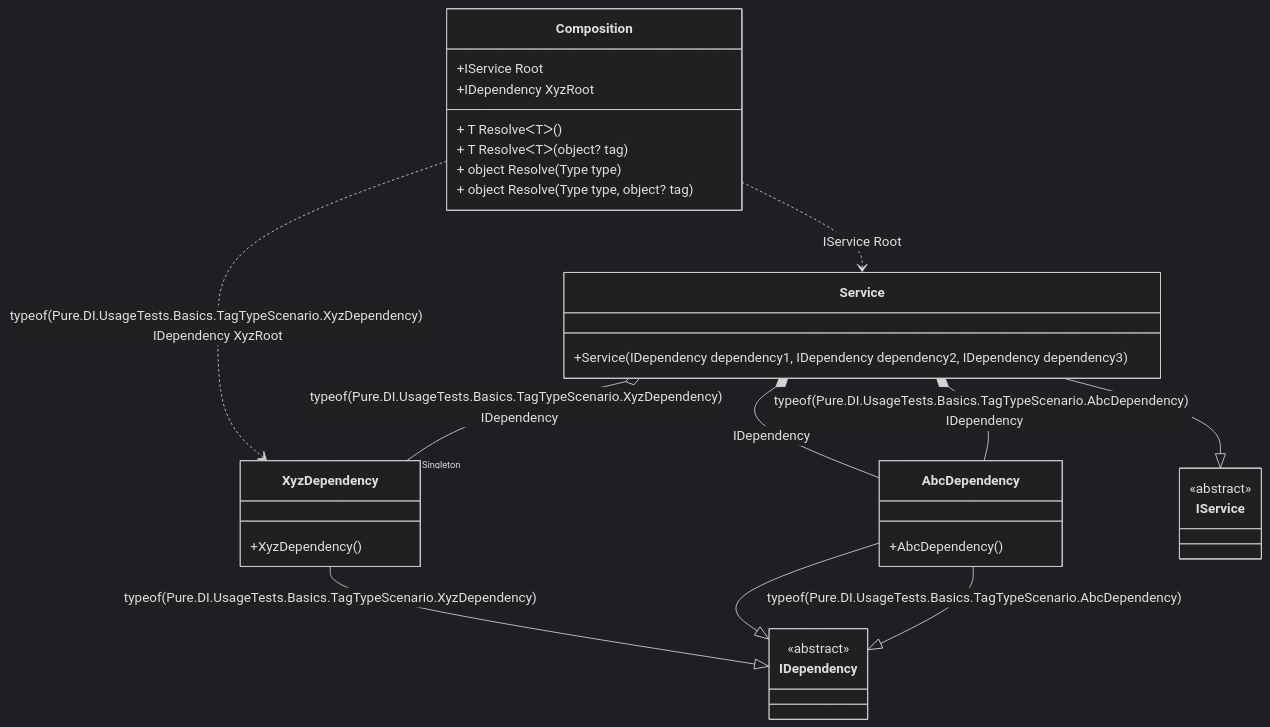
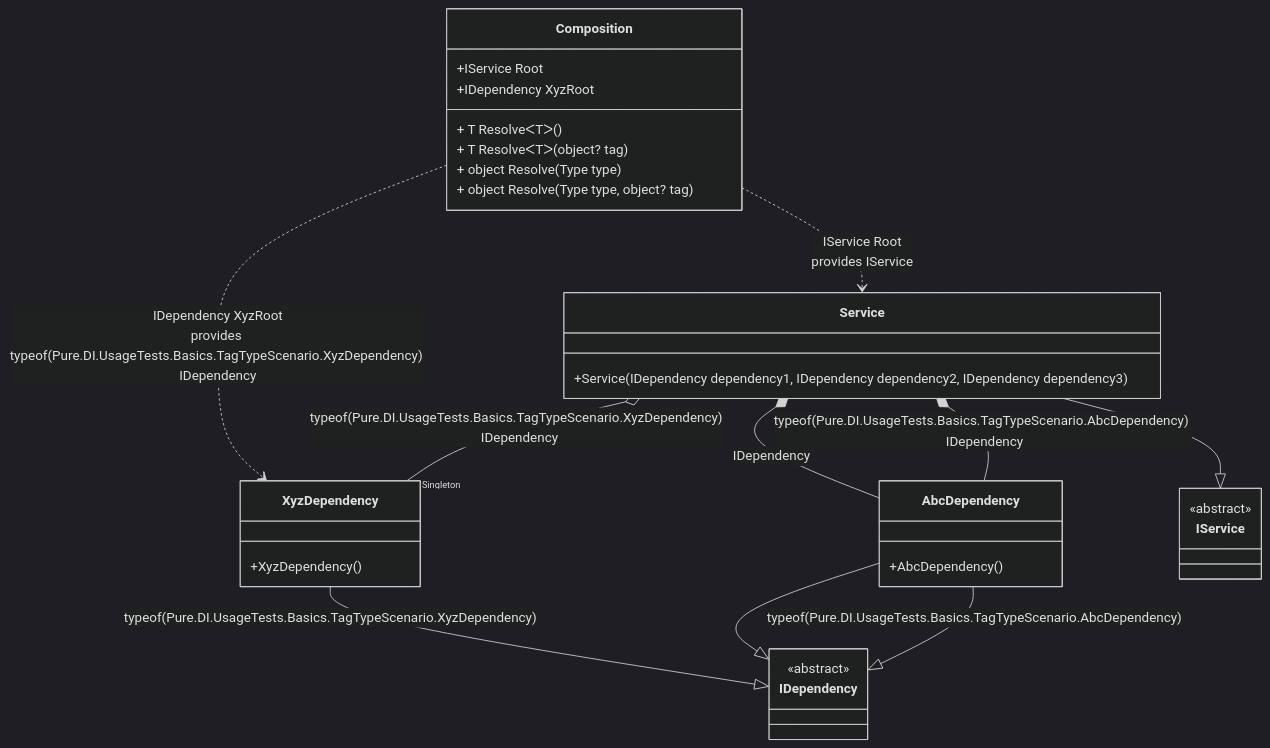
The diagram in readme/tag-type.md (DevTeam/Pure.DI), drawn with Mermaid (dark theme) before and after one commit. The commit also changed other lines of this file and 73 other files, not shown here.

````diff
--- a/readme/tag-type.md
+++ b/readme/tag-type.md
@@ -58,35 +58,35 @@
 ```mermaid
 classDiagram
   class Composition {
     +IService Root
     +IDependency XyzRoot
     + T ResolveᐸTᐳ()
     + T ResolveᐸTᐳ(object? tag)
     + object Resolve(Type type)
     + object Resolve(Type type, object? tag)
   }
   AbcDependency --|> IDependency : typeof(Pure.DI.UsageTests.Basics.TagTypeScenario.AbcDependency) 
   AbcDependency --|> IDependency : 
   class AbcDependency {
     +AbcDependency()
   }
   XyzDependency --|> IDependency : typeof(Pure.DI.UsageTests.Basics.TagTypeScenario.XyzDependency) 
   class XyzDependency {
     +XyzDependency()
   }
   Service --|> IService : 
   class Service {
     +Service(IDependency dependency1, IDependency dependency2, IDependency dependency3)
   }
   class IDependency {
     <<abstract>>
   }
   class IService {
     <<abstract>>
   }
   Service *--  AbcDependency : typeof(Pure.DI.UsageTests.Basics.TagTypeScenario.AbcDependency)  IDependency
   Service o--  "Singleton" XyzDependency : typeof(Pure.DI.UsageTests.Basics.TagTypeScenario.XyzDependency)  IDependency
   Service *--  AbcDependency : IDependency
-  Composition ..> Service : IService Root
-  Composition ..> XyzDependency : typeof(Pure.DI.UsageTests.Basics.TagTypeScenario.XyzDependency) IDependency XyzRoot
+  Composition ..> Service : IService Root<br/>provides IService
+  Composition ..> XyzDependency : IDependency XyzRoot<br/>provides typeof(Pure.DI.UsageTests.Basics.TagTypeScenario.XyzDependency) IDependency
 ```
````
